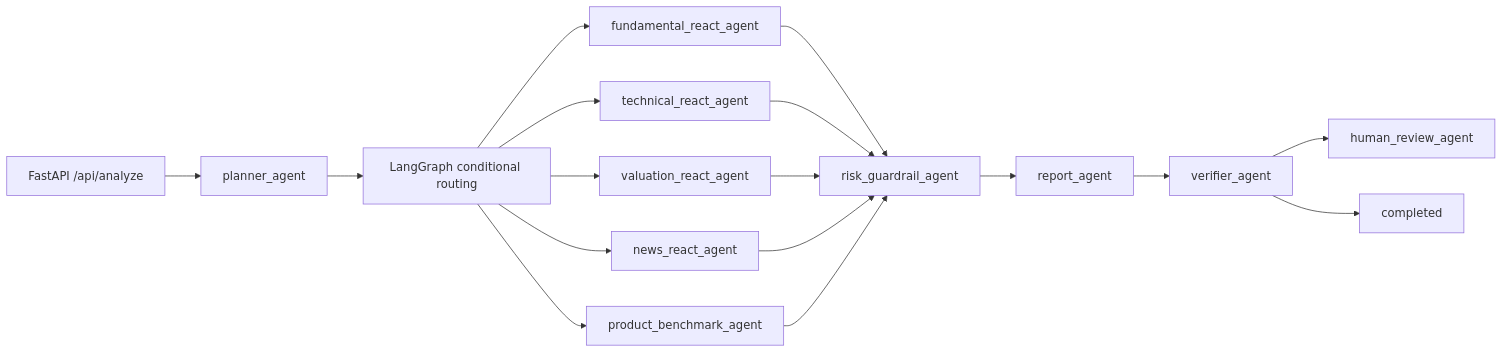
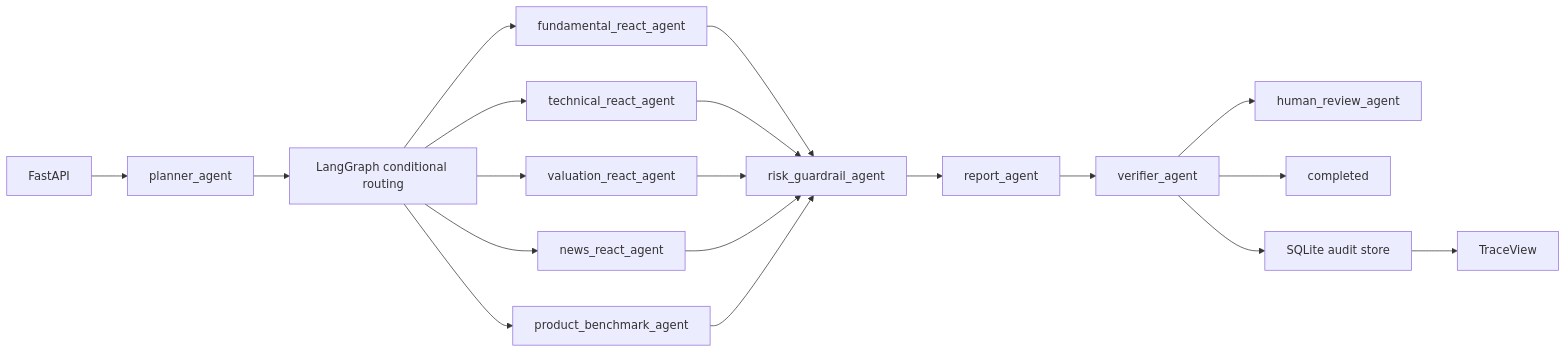
One commit to cxy-peter/Wealth-management-Agent changed the first of 2 diagrams in docs/ARCHITECTURE.md. Above: the diagram before and after it, drawn with Mermaid. The commit also changed other lines of this file and 48 other files, not shown here.

````diff
--- a/docs/ARCHITECTURE.md
+++ b/docs/ARCHITECTURE.md
@@ -5,19 +5,21 @@
 ```mermaid
 flowchart LR
-  API["FastAPI /api/analyze"] --> Planner["planner_agent"]
+  API["FastAPI"] --> Planner["planner_agent"]
   Planner --> Graph["LangGraph conditional routing"]
   Graph --> F["fundamental_react_agent"]
   Graph --> T["technical_react_agent"]
   Graph --> V["valuation_react_agent"]
   Graph --> N["news_react_agent"]
   Graph --> P["product_benchmark_agent"]
   F --> G["risk_guardrail_agent"]
   T --> G
   V --> G
   N --> G
   P --> G
   G --> R["report_agent"]
   R --> Verify["verifier_agent"]
   Verify --> H["human_review_agent"]
   Verify --> Done["completed"]
+  Verify --> Audit["SQLite audit store"]
+  Audit --> Trace["TraceView"]
 ```
````
